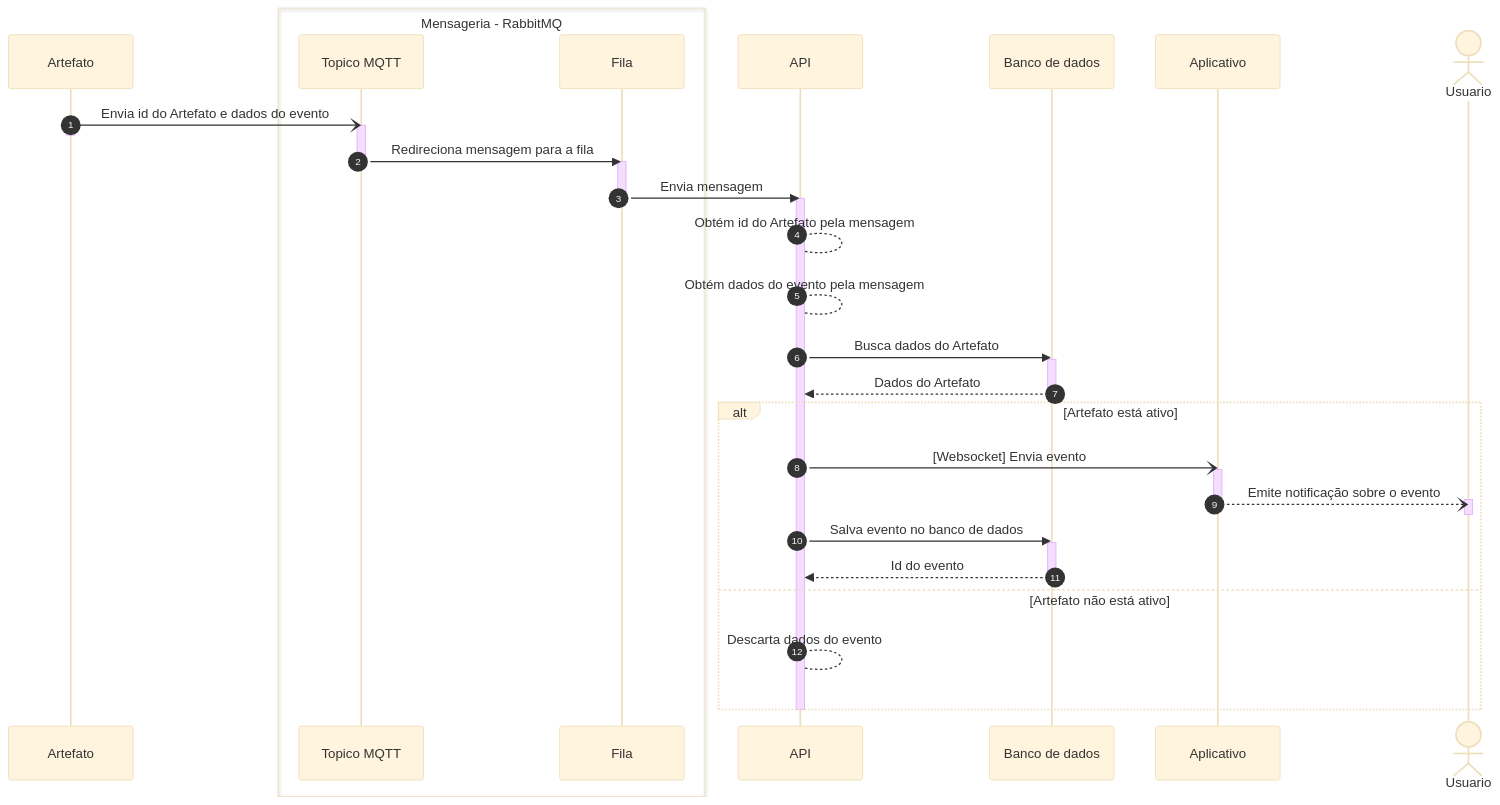
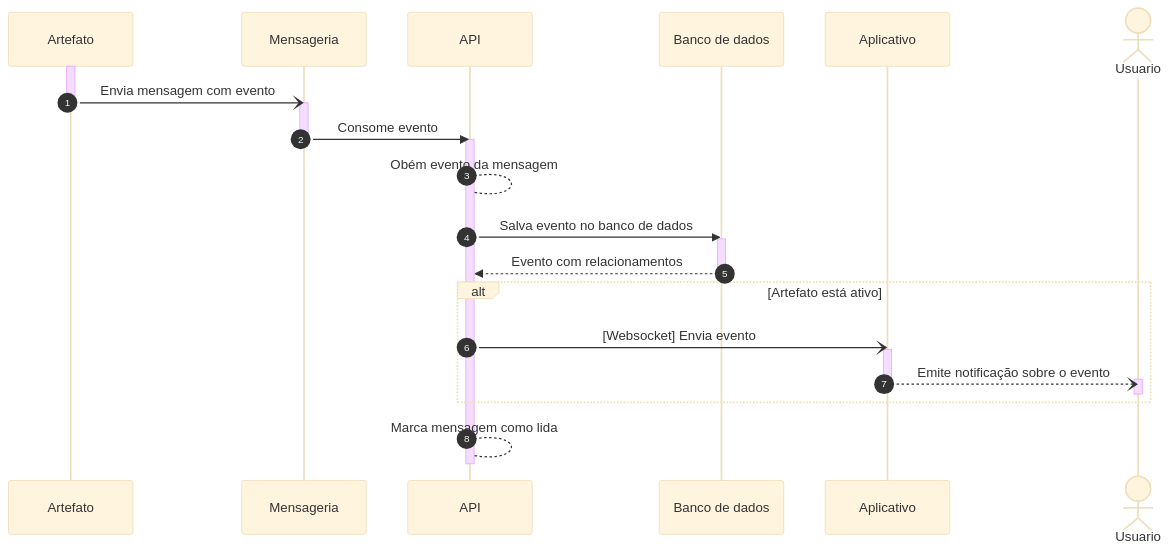
One commit to DSM-FATEC/fatec_dsm_pi_quinto_semestre changed the fourth of 5 diagrams in docs/diagramas.md. Above: the diagram before and after it, drawn with Mermaid (base theme). The commit also changed 3 other files, not shown here.

````diff
--- a/docs/diagramas.md
+++ b/docs/diagramas.md
@@ -114,67 +114,51 @@
 ```mermaid
 sequenceDiagram
     autonumber
 
     participant Artefato
-    box Mensageria - RabbitMQ
-        participant Topico MQTT
-        participant Fila
-    end
+    participant Mensageria
     participant API
     participant Banco de dados
     participant Aplicativo
     actor Usuario
 
 
-    Artefato-)Topico MQTT: Envia id do Artefato e dados do evento
+    activate Artefato
 
-    activate Artefato
+    Artefato-)Mensageria: Envia mensagem com evento
+
     deactivate Artefato
-    activate Topico MQTT
+    activate Mensageria
 
-    Topico MQTT->>Fila: Redireciona mensagem para a fila
+    Mensageria->>API: Consome evento
 
-    deactivate Topico MQTT
-    activate Fila
-
-    Fila->>API: Envia mensagem
-
-    deactivate Fila
+    deactivate Mensageria
     activate API
 
-    API-->API: Obtém id do Artefato pela mensagem
-    API-->API: Obtém dados do evento pela mensagem
+    API-->API: Obém evento da mensagem
 
-    API->>Banco de dados: Busca dados do Artefato
+    API->>Banco de dados: Salva evento no banco de dados
 
     activate Banco de dados
 
-    Banco de dados-->>API: Dados do Artefato
+    Banco de dados-->>API: Evento com relacionamentos
 
     deactivate Banco de dados
 
     alt Artefato está ativo
         API-)Aplicativo: [Websocket] Envia evento
 
         activate Aplicativo
 
         Aplicativo--)Usuario: Emite notificação sobre o evento
 
         activate Usuario
         deactivate Usuario
         deactivate Aplicativo
+    end
 
-        API->>Banco de dados: Salva evento no banco de dados
-
-        activate Banco de dados
-
-        Banco de dados-->>API: Id do evento
-
-        deactivate Banco de dados
-    else Artefato não está ativo
-        API-->API: Descarta dados do evento
-    end
+    API --> API: Marca mensagem como lida
 
     deactivate API
 
 ```
````
